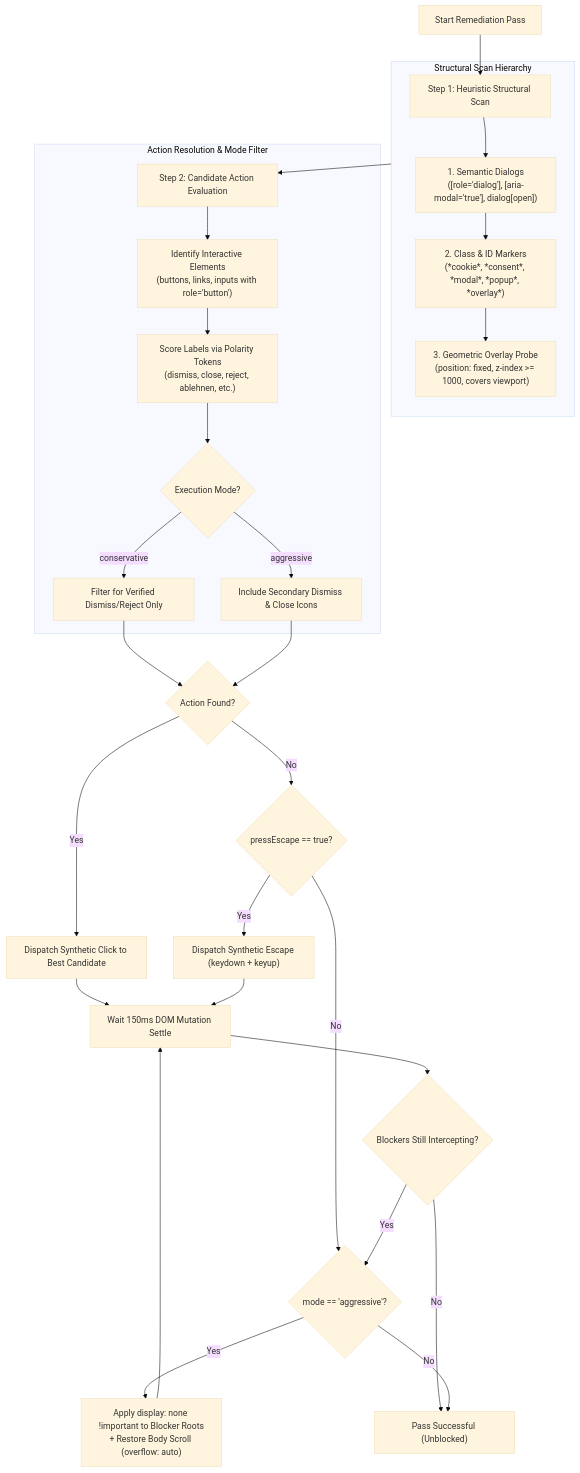
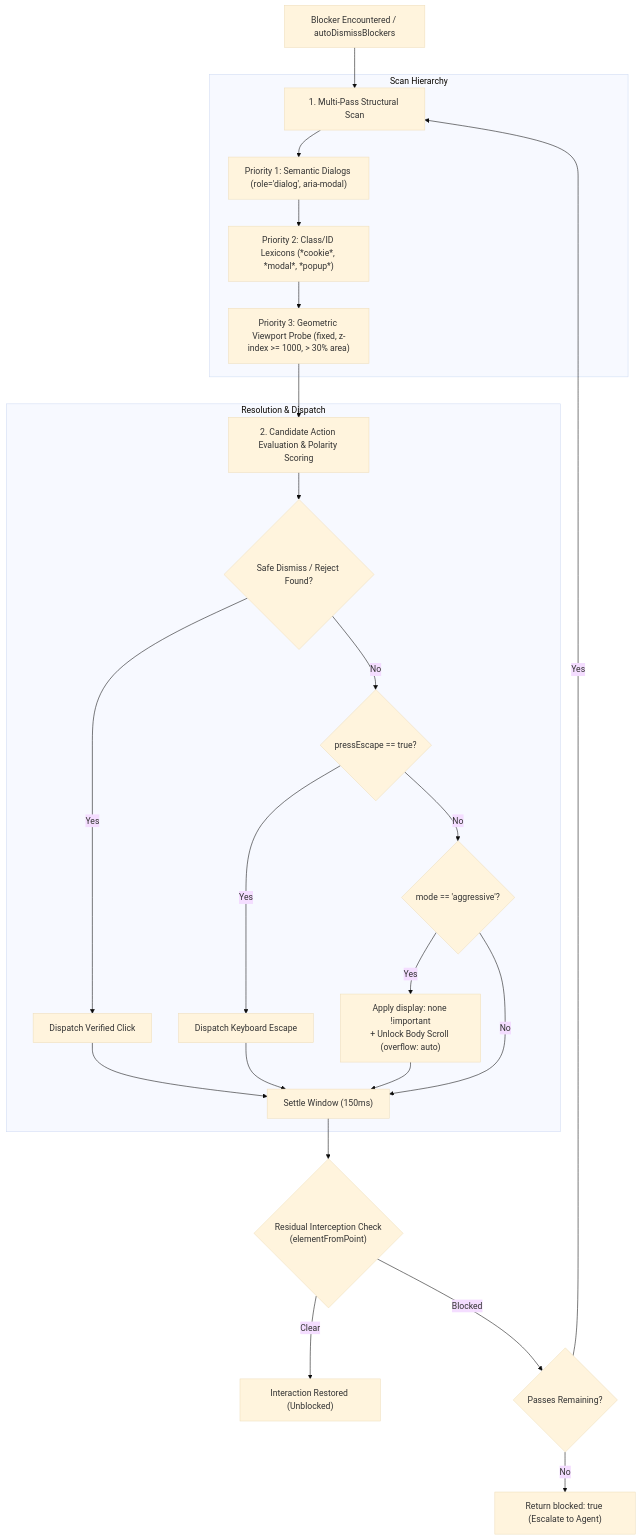
The diagram in docs/core-features/consent-management/blocker-dismissal/README.md (joelaniol/nova), drawn with Mermaid (base theme) before and after one commit. The commit also changed other lines of this file and 128 other files, not shown here.

````diff
--- a/docs/core-features/consent-management/blocker-dismissal/README.md
+++ b/docs/core-features/consent-management/blocker-dismissal/README.md
@@ -41,41 +33,32 @@
 ```mermaid
 flowchart TD
-    StartPass["Start Remediation Pass"] --> Step1["Step 1: Heuristic Structural Scan"]
+    Start["Blocker Encountered / autoDismissBlockers"] --> Scan["1. Multi-Pass Structural Scan"]
 
-    subgraph Scan["Structural Scan Hierarchy"]
-        Step1 --> S1["1. Semantic Dialogs\n([role='dialog'], [aria-modal='true'], dialog[open])"]
-        S1 --> S2["2. Class & ID Markers\n(*cookie*, *consent*, *modal*, *popup*, *overlay*)"]
-        S2 --> S3["3. Geometric Overlay Probe\n(position: fixed, z-index >= 1000, covers viewport)"]
+    subgraph ScanHierarchy["Scan Hierarchy"]
+        Scan --> S1["Priority 1: Semantic Dialogs (role='dialog', aria-modal)"]
+        S1 --> S2["Priority 2: Class/ID Lexicons (*cookie*, *modal*, *popup*)"]
+        S2 --> S3["Priority 3: Geometric Viewport Probe (fixed, z-index >= 1000, > 30% area)"]
     end
 
-    Scan --> Step2["Step 2: Candidate Action Evaluation"]
+    S3 --> EvalAction["2. Candidate Action Evaluation & Polarity Scoring"]
 
-    subgraph CandidateAction["Action Resolution & Mode Filter"]
-        Step2 --> FindControls["Identify Interactive Elements\n(buttons, links, inputs with role='button')"]
-        FindControls --> ScoreCandidates["Score Labels via Polarity Tokens\n(dismiss, close, reject, ablehnen, etc.)"]
-        ScoreCandidates --> ModeCheck{"Execution Mode?"}
-        ModeCheck -- "conservative" --> FilterStrict["Filter for Verified Dismiss/Reject Only"]
-        ModeCheck -- "aggressive" --> FilterBroad["Include Secondary Dismiss & Close Icons"]
+    subgraph ActionResolution["Resolution & Dispatch"]
+        EvalAction --> ActionCheck{"Safe Dismiss / Reject Found?"}
+        ActionCheck -- "Yes" --> ClickAction["Dispatch Verified Click"]
+        ActionCheck -- "No" --> EscCheck{"pressEscape == true?"}
+        EscCheck -- "Yes" --> EscKey["Dispatch Keyboard Escape"]
+        EscCheck -- "No" --> ModeCheck{"mode == 'aggressive'?"}
+        ModeCheck -- "Yes" --> HideRoots["Apply display: none !important\n+ Unlock Body Scroll (overflow: auto)"]
+        ModeCheck -- "No" --> Settle["Settle Window (150ms)"]
     end
 
-    FilterStrict --> ClickAction{"Action Found?"}
-    FilterBroad --> ClickAction
+    ClickAction --> Settle
+    EscKey --> Settle
+    HideRoots --> Settle
 
-    ClickAction -- "Yes" --> ClickDispatch["Dispatch Synthetic Click to Best Candidate"]
-    ClickAction -- "No" --> EscapeCheck{"pressEscape == true?"}
-
-    ClickDispatch --> SettleWait["Wait 150ms DOM Mutation Settle"]
-    SettleWait --> ResidualCheck{"Blockers Still Intercepting?"}
-
-    EscapeCheck -- "Yes" --> EscapeDispatch["Dispatch Synthetic Escape (keydown + keyup)"]
-    EscapeCheck -- "No" --> AggressiveCheck{"mode == 'aggressive'?"}
-
-    EscapeDispatch --> SettleWait
-    ResidualCheck -- "Yes" --> AggressiveCheck
-    ResidualCheck -- "No" --> PassDone["Pass Successful (Unblocked)"]
-
-    AggressiveCheck -- "Yes" --> HideRoots["Apply display: none !important to Blocker Roots\n+ Restore Body Scroll (overflow: auto)"]
-    AggressiveCheck -- "No" --> PassDone
-
-    HideRoots --> SettleWait
+    Settle --> Residual{"Residual Interception Check\n(elementFromPoint)"}
+    Residual -- "Clear" --> Complete["Interaction Restored (Unblocked)"]
+    Residual -- "Blocked" --> LoopPass{"Passes Remaining?"}
+    LoopPass -- "Yes" --> Scan
+    LoopPass -- "No" --> ReturnBlocked["Return blocked: true (Escalate to Agent)"]
 ```
````
